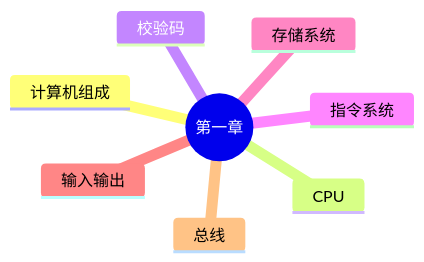
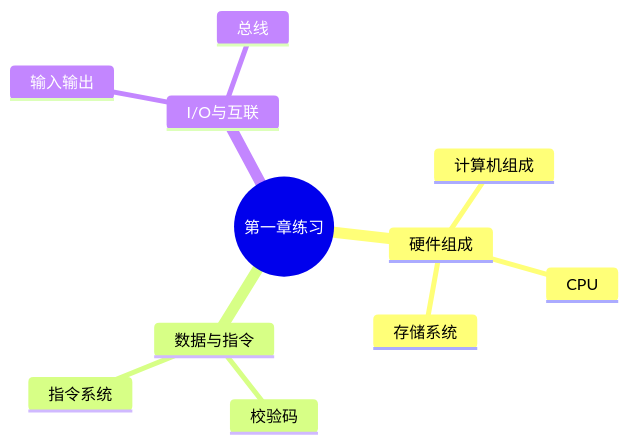
The diagram in docs/ruankao/system-architect/chapters/10-exercises.md (skylonely/sgao-website), drawn with Mermaid before and after one commit. The commit also changed 39 other files, not shown here.

Commit message:
fix: Mermaid 思维导图

````diff
--- a/docs/ruankao/system-architect/chapters/10-exercises.md
+++ b/docs/ruankao/system-architect/chapters/10-exercises.md
@@ -28,11 +28,14 @@
 ```mermaid
 mindmap
-  root((第一章))
-    计算机组成
-    CPU
-    校验码
-    指令系统
-    存储系统
-    输入输出
-    总线
+  root((第一章练习))
+    硬件组成
+      计算机组成
+      CPU
+      存储系统
+    数据与指令
+      校验码
+      指令系统
+    I/O与互联
+      输入输出
+      总线
 ```
````
